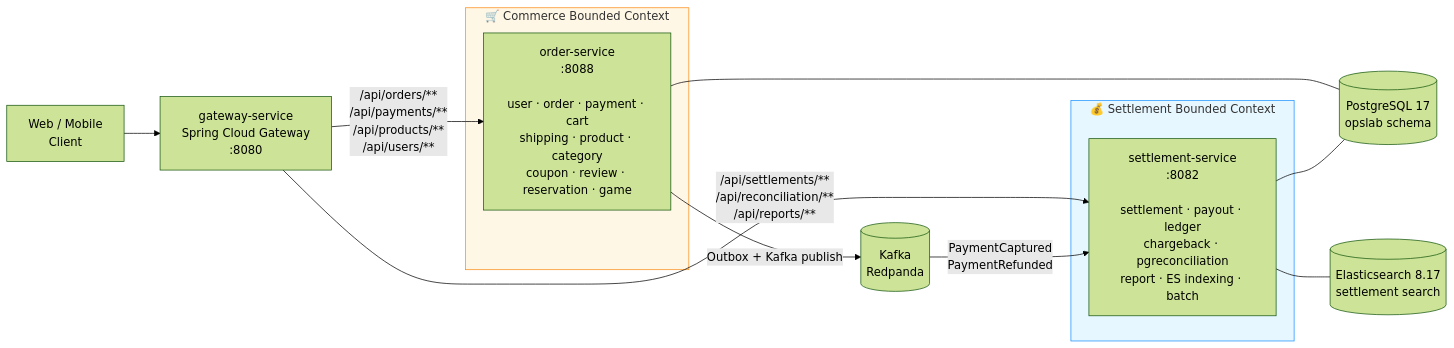
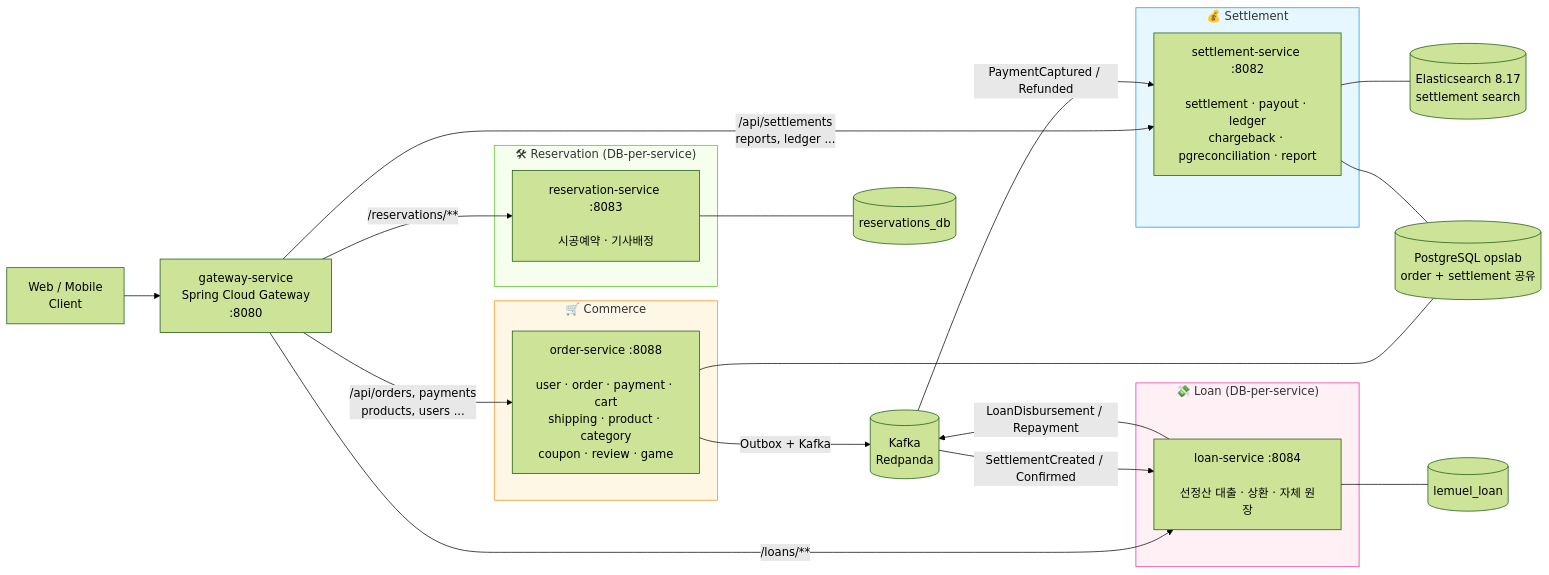
Before and after one commit to MyoungSoo7/settlement: the diagram in README.md, drawn with Mermaid (forest theme). The commit also changed other lines of this file and 151 other files, not shown here.

````diff
--- a/README.md
+++ b/README.md
@@ -33,26 +33,39 @@
 ```mermaid
 flowchart LR
     Client["Web / Mobile<br/>Client"] --> GW
     GW["gateway-service<br/>Spring Cloud Gateway<br/>:8080"]
 
-    GW -->|/api/orders/**<br/>/api/payments/**<br/>/api/products/**<br/>/api/users/**| OS
-    GW -->|/api/settlements/**<br/>/api/reconciliation/**<br/>/api/reports/**| SS
+    GW -->|/api/orders, payments<br/>products, users ...| OS
+    GW -->|/api/settlements<br/>reports, ledger ...| SS
+    GW -->|/reservations/**| RS
+    GW -->|/loans/**| LS
 
-    subgraph commerce["🛒 Commerce Bounded Context"]
-        OS["order-service<br/>:8088<br/><br/>user · order · payment · cart<br/>shipping · product · category<br/>coupon · review · reservation · game"]
+    subgraph commerce["🛒 Commerce"]
+        OS["order-service :8088<br/><br/>user · order · payment · cart<br/>shipping · product · category<br/>coupon · review · game"]
+    end
+    subgraph settlement["💰 Settlement"]
+        SS["settlement-service :8082<br/><br/>settlement · payout · ledger<br/>chargeback · pgreconciliation · report"]
+    end
+    subgraph reservation["🛠 Reservation (DB-per-service)"]
+        RS["reservation-service :8083<br/><br/>시공예약 · 기사배정"]
+    end
+    subgraph loan["💸 Loan (DB-per-service)"]
+        LS["loan-service :8084<br/><br/>선정산 대출 · 상환 · 자체 원장"]
     end
 
-    subgraph settlement["💰 Settlement Bounded Context"]
-        SS["settlement-service<br/>:8082<br/><br/>settlement · payout · ledger<br/>chargeback · pgreconciliation<br/>report · ES indexing · batch"]
-    end
+    OS -->|Outbox + Kafka| K[(Kafka<br/>Redpanda)]
+    K -->|PaymentCaptured / Refunded| SS
+    K -->|SettlementCreated / Confirmed| LS
+    LS -->|LoanDisbursement / Repayment| K
 
-    OS -->|Outbox + Kafka publish| K[(Kafka<br/>Redpanda)]
-    K -->|PaymentCaptured<br/>PaymentRefunded| SS
-
-    OS --- PG[(PostgreSQL 17<br/>opslab schema)]
+    OS --- PG[(PostgreSQL opslab<br/>order + settlement 공유)]
     SS --- PG
+    RS --- RDB[(reservations_db)]
+    LS --- LDB[(lemuel_loan)]
     SS --- ES[(Elasticsearch 8.17<br/>settlement search)]
 
     style commerce fill:#fff7e6,stroke:#fa8c16
     style settlement fill:#e6f7ff,stroke:#1890ff
+    style reservation fill:#f6ffed,stroke:#52c41a
+    style loan fill:#fff0f6,stroke:#eb2f96
 ```
````
